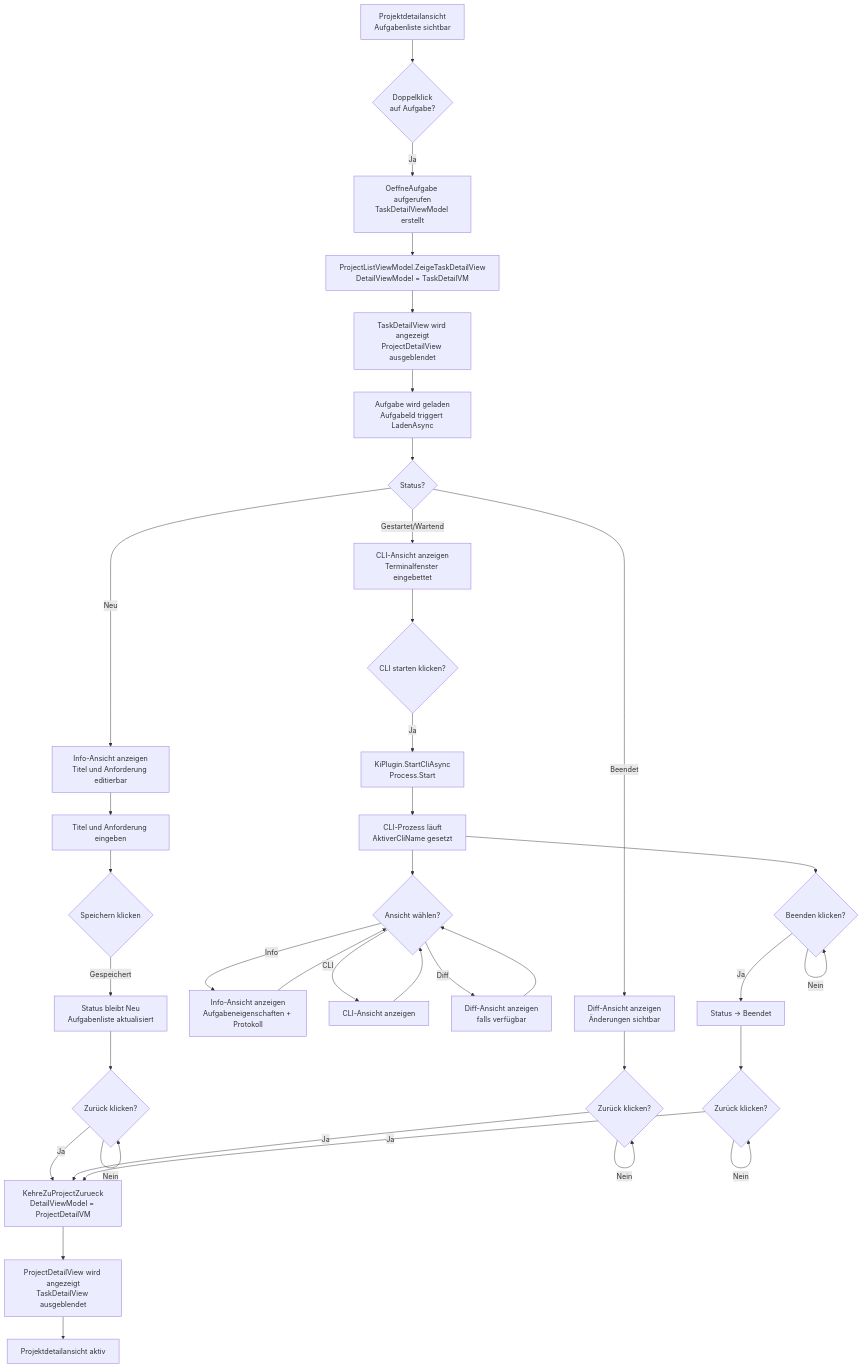
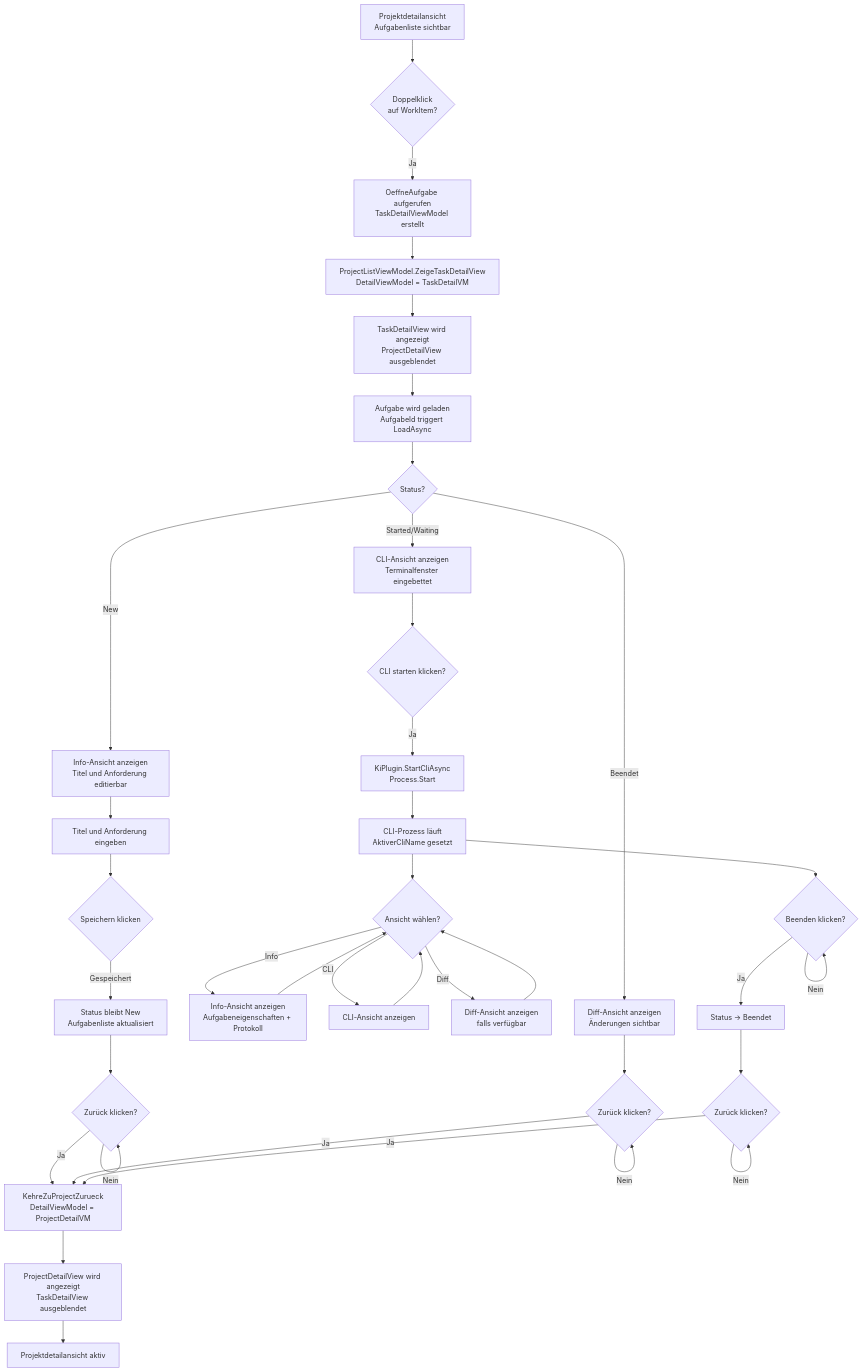
The diagram in docs/help/aufgaben/ablauf-technisch.md (martin-stromberg/Softwareschmiede), drawn with Mermaid before and after one commit. The commit also changed other lines of this file and 76 other files, not shown here.

````diff
--- a/docs/help/aufgaben/ablauf-technisch.md
+++ b/docs/help/aufgaben/ablauf-technisch.md
@@ -752,45 +752,45 @@
 ```mermaid
 flowchart TD
-    START[Projektdetailansicht\nAufgabenliste sichtbar] --> DBLCLICK{Doppelklick\nauf Aufgabe?}
+    START[Projektdetailansicht\nAufgabenliste sichtbar] --> DBLCLICK{Doppelklick\nauf WorkItem?}
     DBLCLICK -- Ja --> OEFFNE[OeffneAufgabe aufgerufen\nTaskDetailViewModel erstellt]
     OEFFNE --> NAVIGATE1[ProjectListViewModel.ZeigeTaskDetailView\nDetailViewModel = TaskDetailVM]
     NAVIGATE1 --> SHOW_TASK[TaskDetailView wird angezeigt\nProjectDetailView ausgeblendet]
     
-    SHOW_TASK --> LOAD[Aufgabe wird geladen\nAufgabeId triggert LadenAsync]
+    SHOW_TASK --> LOAD[Aufgabe wird geladen\nAufgabeId triggert LoadAsync]
     LOAD --> STATUS_CHECK{Status?}
     
-    STATUS_CHECK -- Neu --> INFO_NEU[Info-Ansicht anzeigen\nTitel und Anforderung editierbar]
+    STATUS_CHECK -- New --> INFO_NEU[Info-Ansicht anzeigen\nTitel und Anforderung editierbar]
     INFO_NEU --> C[Titel und Anforderung eingeben]
     C --> D{Speichern klicken}
-    D -- Gespeichert --> E[Status bleibt Neu\nAufgabenliste aktualisiert]
+    D -- Gespeichert --> E[Status bleibt New\nAufgabenliste aktualisiert]
     E --> F{Zurück klicken?}
     F -- Ja --> NAVIGATE_BACK[KehreZuProjectZurueck\nDetailViewModel = ProjectDetailVM]
     NAVIGATE_BACK --> SHOW_PROJECT[ProjectDetailView wird angezeigt\nTaskDetailView ausgeblendet]
     F -- Nein --> F
     
-    STATUS_CHECK -- Gestartet/Wartend --> CLI_VIEW[CLI-Ansicht anzeigen\nTerminalfenster eingebettet]
+    STATUS_CHECK -- Started/Waiting --> CLI_VIEW[CLI-Ansicht anzeigen\nTerminalfenster eingebettet]
     CLI_VIEW --> STARTEN{CLI starten klicken?}
     STARTEN -- Ja --> START_CLI[KiPlugin.StartCliAsync\nProcess.Start]
     START_CLI --> RUNNING[CLI-Prozess läuft\nAktiverCliName gesetzt]
     RUNNING --> VIEW_SELECT{Ansicht wählen?}
     VIEW_SELECT -- Info --> INFO[Info-Ansicht anzeigen\nAufgabeneigenschaften + Protokoll]
     VIEW_SELECT -- CLI --> CLI_VIEW2[CLI-Ansicht anzeigen]
     VIEW_SELECT -- Diff --> DIFF_OPTIONAL[Diff-Ansicht anzeigen\nfalls verfügbar]
     INFO --> VIEW_SELECT
     CLI_VIEW2 --> VIEW_SELECT
     DIFF_OPTIONAL --> VIEW_SELECT
     RUNNING --> BEENDEN{Beenden klicken?}
     BEENDEN -- Ja --> BEENDET[Status → Beendet]
     BEENDEN -- Nein --> BEENDEN
     
     STATUS_CHECK -- Beendet --> DIFF_PANEL[Diff-Ansicht anzeigen\nÄnderungen sichtbar]
     DIFF_PANEL --> BACK_END{Zurück klicken?}
     BACK_END -- Ja --> NAVIGATE_BACK
     BACK_END -- Nein --> BACK_END
     
     BEENDET --> BACK_TO_PROJ{Zurück klicken?}
     BACK_TO_PROJ -- Ja --> NAVIGATE_BACK
     BACK_TO_PROJ -- Nein --> BACK_TO_PROJ
     
     SHOW_PROJECT --> END[Projektdetailansicht aktiv]
 ```
````
